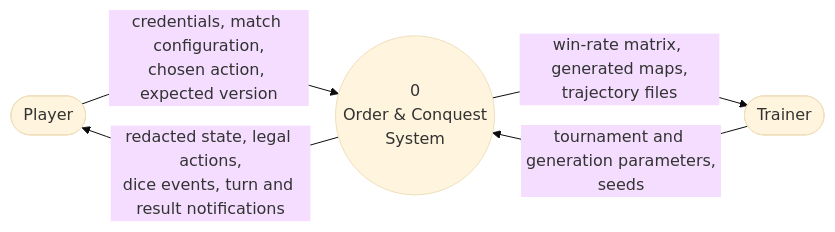
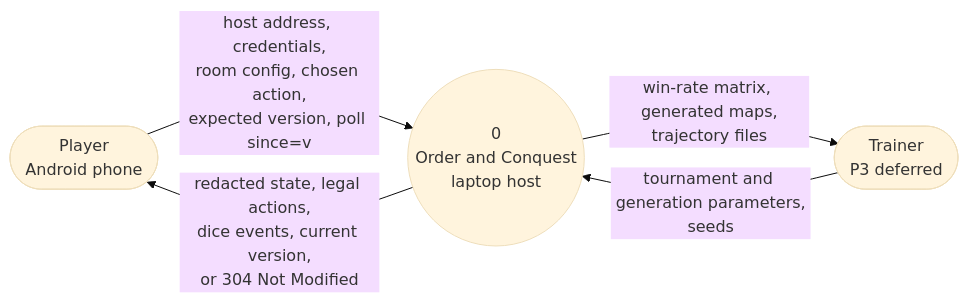
Before and after one commit to MujtabaNite/Order_And_Conquest: the fourth of 14 diagrams in docs/04-system-analysis.md, drawn with Mermaid (base theme). The commit also changed other lines of this file and 9 other files, not shown here.

````diff
--- a/docs/04-system-analysis.md
+++ b/docs/04-system-analysis.md
@@ -598,13 +751,13 @@
 ```mermaid
 flowchart LR
-    P(["Player"])
-    T(["Trainer"])
+    P(["Player<br/>Android phone"])
+    T(["Trainer<br/>P3 deferred"])
 
-    SYS(("0<br/>Order &amp; Conquest<br/>System"))
+    SYS(("0<br/>Order and Conquest<br/>laptop host"))
 
-    P -->|"credentials, match configuration,<br/>chosen action, expected version"| SYS
-    SYS -->|"redacted state, legal actions,<br/>dice events, turn and result notifications"| P
+    P -->|"host address, credentials,<br/>room config, chosen action,<br/>expected version, poll since=v"| SYS
+    SYS -->|"redacted state, legal actions,<br/>dice events, current version,<br/>or 304 Not Modified"| P
 
     T -->|"tournament and generation parameters,<br/>seeds"| SYS
     SYS -->|"win-rate matrix, generated maps,<br/>trajectory files"| T
 ```
````
